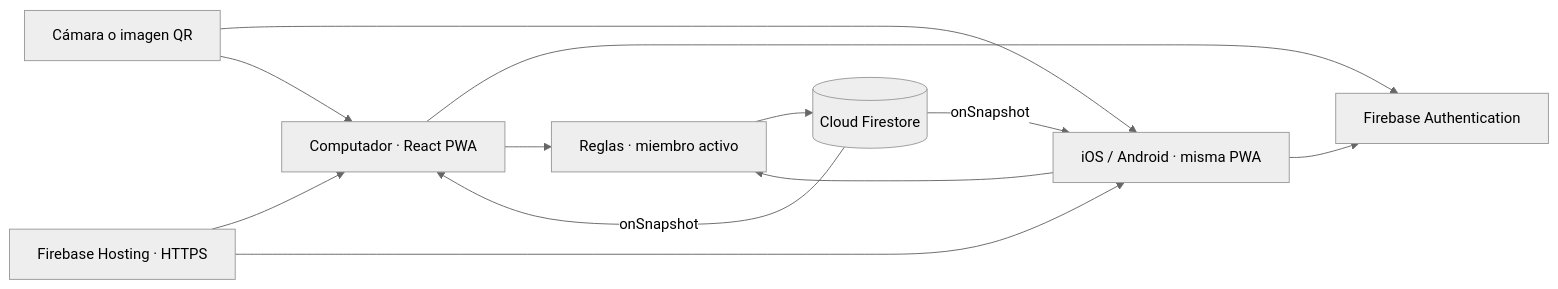
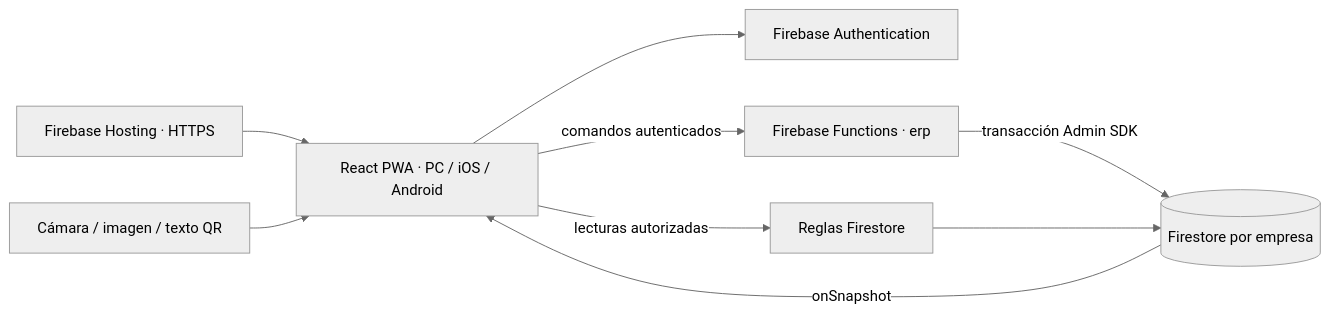
Before and after one commit to Darwin2810/appwebInnovacion: the diagram in docs/ARQUITECTURA.md, drawn with Mermaid (neutral theme). The commit also changed other lines of this file and 20 other files, not shown here.

Commit message:
Harden migration and SKU history; validate ERP flows and deployment

````diff
--- a/docs/ARQUITECTURA.md
+++ b/docs/ARQUITECTURA.md
@@ -11,14 +11,11 @@
 ```mermaid
 flowchart LR
-    PC[Computador · React PWA] --> AUTH[Firebase Authentication]
-    CEL[iOS / Android · misma PWA] --> AUTH
-    PC --> RULES[Reglas · miembro activo]
-    CEL --> RULES
-    RULES --> DB[(Cloud Firestore)]
-    DB -->|onSnapshot| PC
-    DB -->|onSnapshot| CEL
-    CAM[Cámara o imagen QR] --> CEL
-    CAM --> PC
-    HOST[Firebase Hosting · HTTPS] --> PC
-    HOST --> CEL
+    HOST[Firebase Hosting · HTTPS] --> WEB[React PWA · PC / iOS / Android]
+    CAM[Cámara / imagen / texto QR] --> WEB
+    WEB --> AUTH[Firebase Authentication]
+    WEB -->|comandos autenticados| API[Firebase Functions · erp]
+    API -->|transacción Admin SDK| DB[(Firestore por empresa)]
+    WEB -->|lecturas autorizadas| RULES[Reglas Firestore]
+    RULES --> DB
+    DB -->|onSnapshot| WEB
 ```
````
